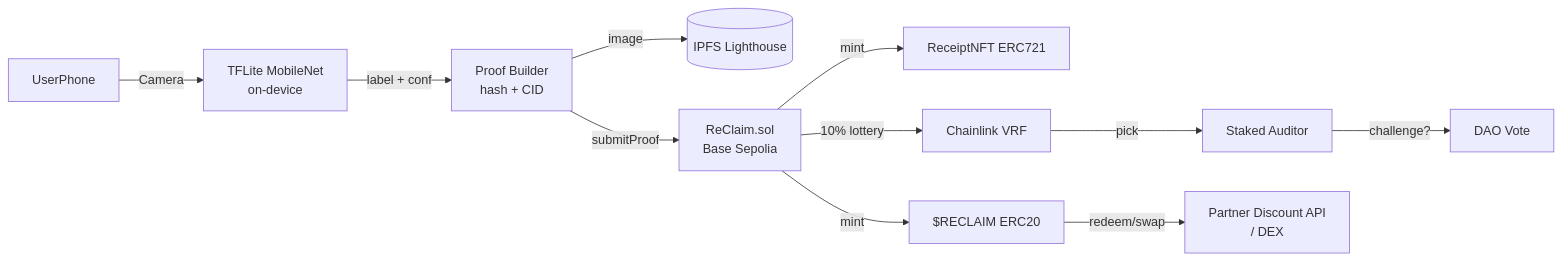
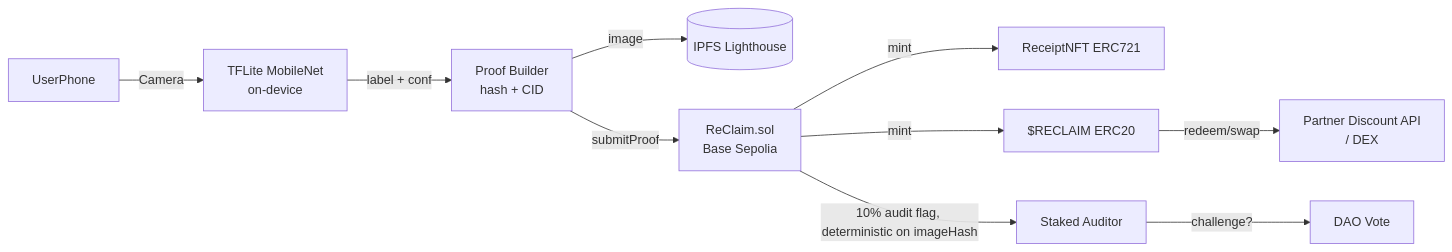
One commit to dgexplores/reclaim-protocol changed the diagram in docs/ARCHITECTURE.md. Above: the diagram before and after it, drawn with Mermaid. The commit also changed other lines of this file and 21 other files, not shown here.

````diff
--- a/docs/ARCHITECTURE.md
+++ b/docs/ARCHITECTURE.md
@@ -5,13 +5,12 @@
 ```mermaid
 flowchart LR
   UserPhone -->|Camera| AI[TFLite MobileNet<br/>on-device]
   AI -->|label + conf| ProofGen[Proof Builder<br/>hash + CID]
   ProofGen -->|image| IPFS[(IPFS Lighthouse)]
   ProofGen -->|submitProof| Contract[ReClaim.sol<br/>Base Sepolia]
   Contract -->|mint| NFT[ReceiptNFT ERC721]
   Contract -->|mint| Token[$RECLAIM ERC20]
-  Contract -->|10% lottery| VRF[Chainlink VRF]
-  VRF -->|pick| Auditor[Staked Auditor]
+  Contract -->|10% audit flag, deterministic on imageHash| Auditor[Staked Auditor]
   Auditor -->|challenge?| DAO[DAO Vote]
   Token -->|redeem/swap| Partner[Partner Discount API<br/>/ DEX]
 ```
````
